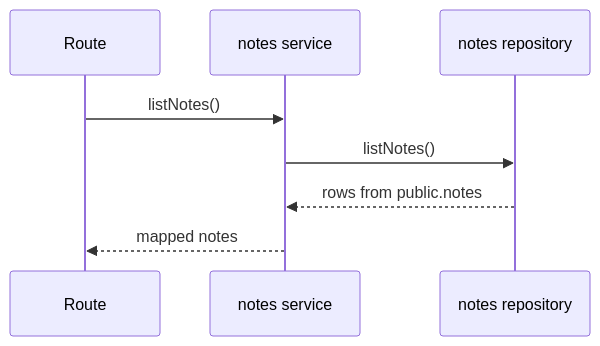
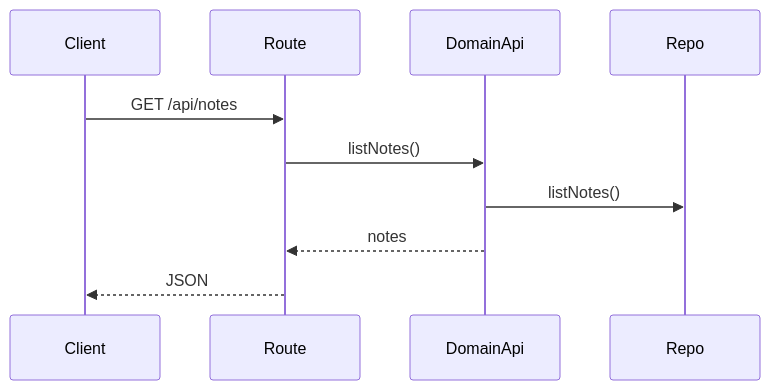
Before and after one commit to TurtleStoffel/tektite-console: the diagram in src/backend/domains/notes/README.md, drawn with Mermaid. The commit also changed other lines of this file and 30 other files, not shown here.

Commit message:
split domainApi from service

````diff
--- a/src/backend/domains/notes/README.md
+++ b/src/backend/domains/notes/README.md
@@ -12,10 +12,12 @@
 ```mermaid
 sequenceDiagram
+    participant Client
     participant Route
-    participant Service as notes service
-    participant Repo as notes repository
-    Route->>Service: listNotes()
-    Service->>Repo: listNotes()
-    Repo-->>Service: rows from public.notes
-    Service-->>Route: mapped notes
+    participant DomainApi
+    participant Repo
+    Client->>Route: GET /api/notes
+    Route->>DomainApi: listNotes()
+    DomainApi->>Repo: listNotes()
+    DomainApi-->>Route: notes
+    Route-->>Client: JSON
 ```
````
